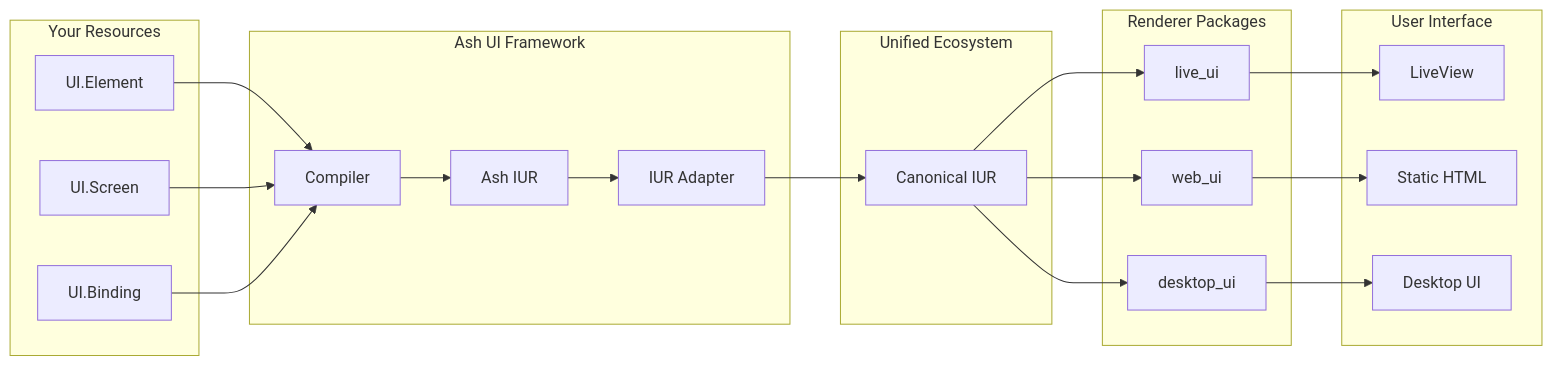
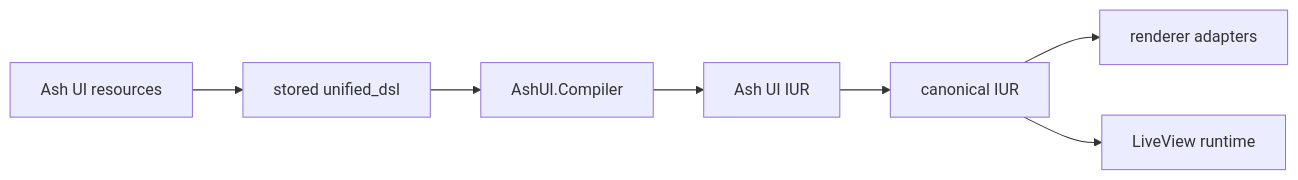
One commit to pcharbon70/ash_ui changed the diagram in README.md. Above: the diagram before and after it, drawn with Mermaid. The commit also changed other lines of this file and 17 other files, not shown here.

````diff
--- a/README.md
+++ b/README.md
@@ -17,43 +17,17 @@
 ```mermaid
 flowchart LR
-    subgraph Input["Your Resources"]
-        Element["UI.Element"]
-        Screen["UI.Screen"]
-        Binding["UI.Binding"]
-    end
+    Resources["Ash UI resources"]
+    DSL["stored unified_dsl"]
+    Compiler["AshUI.Compiler"]
+    IUR["Ash UI IUR"]
+    Canonical["canonical IUR"]
+    Runtime["LiveView runtime"]
+    Renderers["renderer adapters"]
 
-    subgraph AshUI["Ash UI Framework"]
-        Compiler["Compiler"]
-        IUR["Ash IUR"]
-        Adapter["IUR Adapter"]
-    end
-
-    subgraph Unified["Unified Ecosystem"]
-        Canonical["Canonical IUR"]
-    end
-
-    subgraph Renderers["Renderer Packages"]
-        Live["live_ui"]
-        Web["web_ui"]
-        Desktop["desktop_ui"]
-    end
-
-    subgraph Output["User Interface"]
-        LV["LiveView"]
-        HTML["Static HTML"]
-        Native["Desktop UI"]
-    end
-
-    Element --> Compiler
-    Screen --> Compiler
-    Binding --> Compiler
+    Resources --> DSL
+    DSL --> Compiler
     Compiler --> IUR
-    IUR --> Adapter
-    Adapter --> Canonical
-    Canonical --> Live
-    Canonical --> Web
-    Canonical --> Desktop
-    Live --> LV
-    Web --> HTML
-    Desktop --> Native
+    IUR --> Canonical
+    Canonical --> Renderers
+    Canonical --> Runtime
 ```
````
